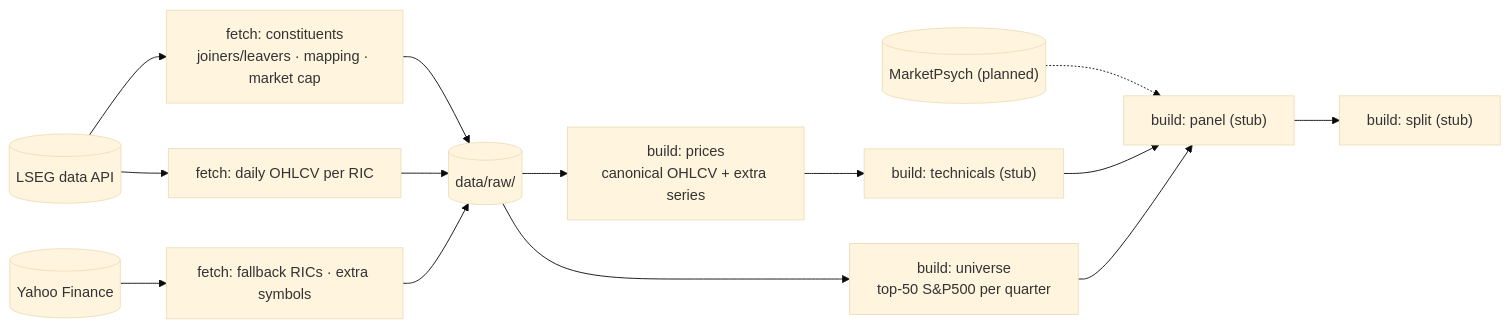
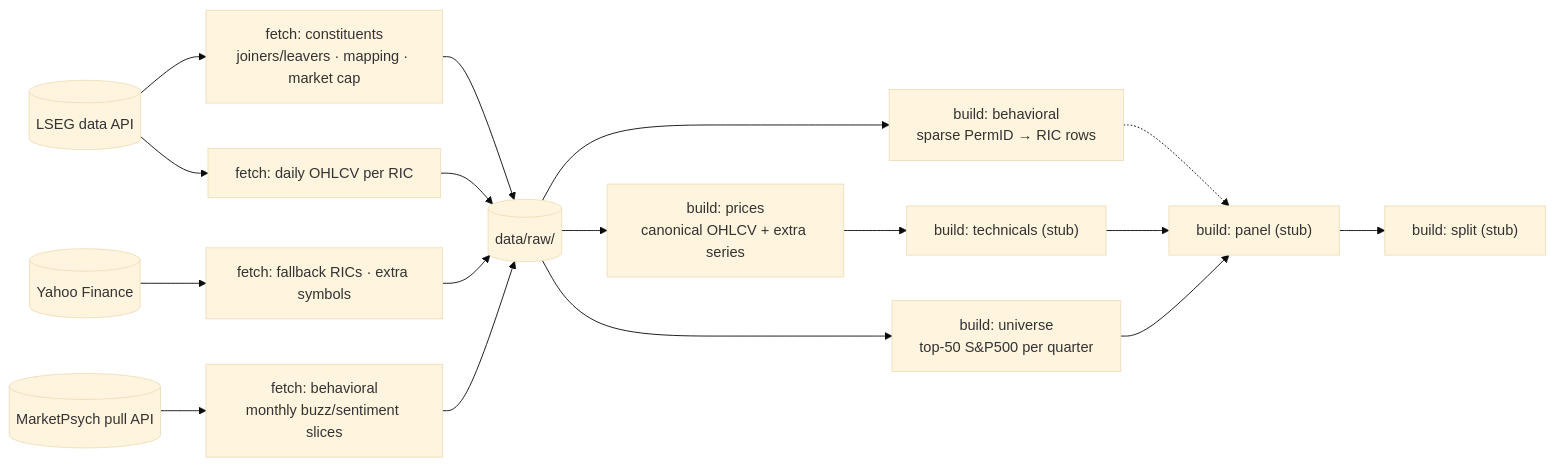
The diagram in docs/data.md (life00/factor-weaver), drawn with Mermaid (base theme) before and after one commit. The commit also changed other lines of this file and 7 other files, not shown here.

````diff
--- a/docs/data.md
+++ b/docs/data.md
@@ -24,16 +24,19 @@
 ```mermaid
 flowchart LR
   lseg[("LSEG data API")] --> fetch_ref["fetch: constituents<br/>joiners/leavers · mapping · market cap"]
   lseg --> fetch_px["fetch: daily OHLCV per RIC"]
   yahoo[("Yahoo Finance")] --> fetch_yf["fetch: fallback RICs · extra symbols"]
-  mpsych[("MarketPsych (planned)")] -.-> panel
+  mpsych[("MarketPsych pull API")] --> fetch_mp["fetch: behavioral<br/>monthly buzz/sentiment slices"]
   fetch_ref --> raw[("data/raw/")]
   fetch_px --> raw
   fetch_yf --> raw
+  fetch_mp --> raw
   raw --> univ["build: universe<br/>top-50 S&P500 per quarter"]
   raw --> bprices["build: prices<br/>canonical OHLCV + extra series"]
+  raw --> bbeh["build: behavioral<br/>sparse PermID → RIC rows"]
   bprices --> tech["build: technicals (stub)"]
+  bbeh -.-> panel
   tech --> panel["build: panel (stub)"]
   univ --> panel
   panel --> split["build: split (stub)"]
 ```
````
